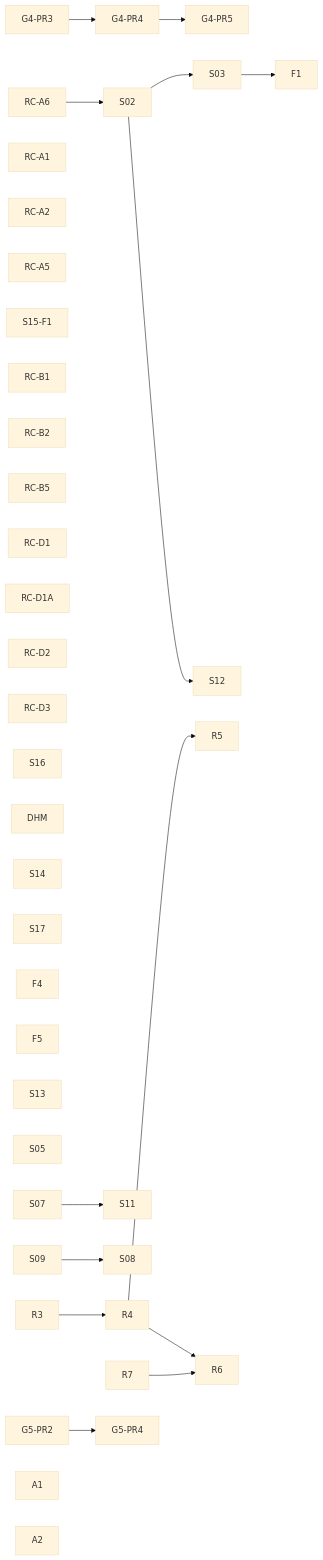
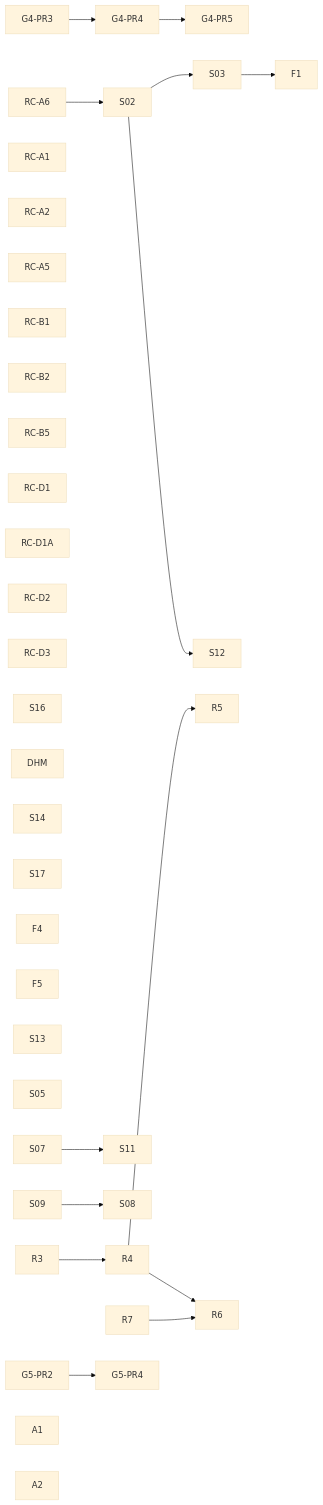
Before and after one commit to dunay2/dvt: the diagram in docs/planning/state/open-task-route.md, drawn with Mermaid (base theme). The commit also changed other lines of this file and 15 other files, not shown here.

````diff
--- a/docs/planning/state/open-task-route.md
+++ b/docs/planning/state/open-task-route.md
@@ -79,39 +78,38 @@
 ```mermaid
 flowchart LR
   G43[G4-PR3] --> G44[G4-PR4] --> G45[G4-PR5]
 
   RC_A6[RC-A6] --> S02[S02] --> S03[S03] --> F1[F1]
   RC_A1[RC-A1]
   RC_A2[RC-A2]
   RC_A5[RC-A5]
-  S15F1[S15-F1]
   RC_B1[RC-B1]
   RC_B2[RC-B2]
   RC_B5[RC-B5]
   RC_D1[RC-D1]
   RC_D1A[RC-D1A]
   RC_D2[RC-D2]
   RC_D3[RC-D3]
   S16[S16]
   DHM[DHM]
 
   S02 --> S12[S12]
   S14[S14]
   S17[S17]
   F4[F4]
   F5[F5]
   S13[S13]
   S05[S05]
 
   S07[S07] --> S11[S11]
   S09[S09] --> S08[S08]
 
   R3[R3] --> R4[R4] --> R5[R5]
   R4 --> R6[R6]
   R7[R7] --> R6
 
   G52[G5-PR2] --> G54[G5-PR4]
   A1[A1]
   A2[A2]
   DHM
 ```
````
